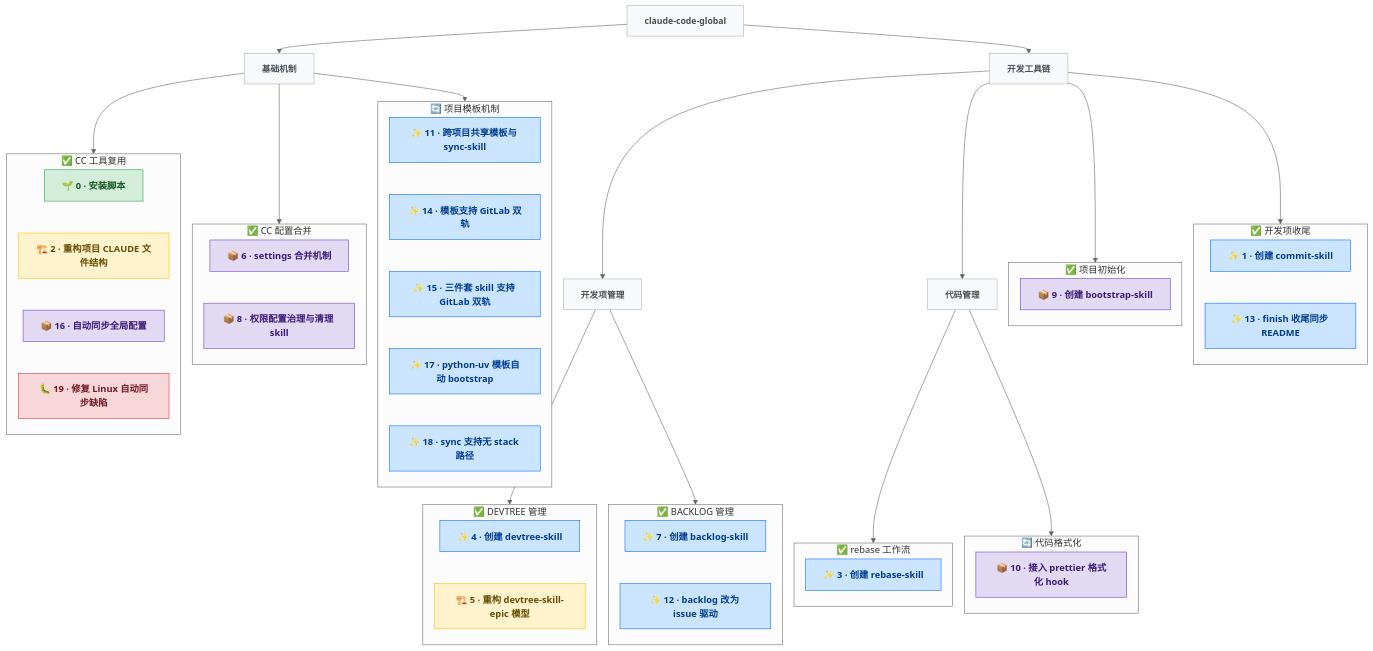
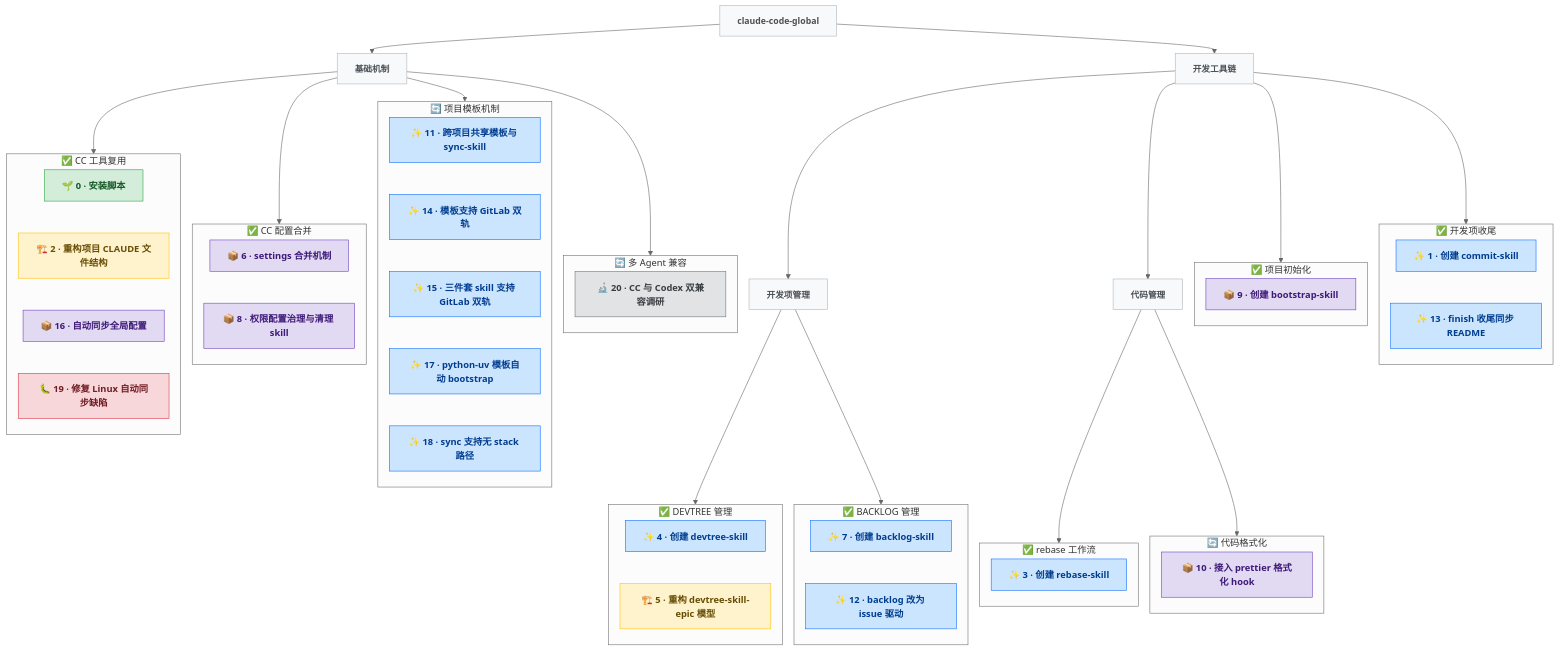
Before and after one commit to pkulijing/claude-code-global: the diagram in docs/DEVTREE.md, drawn with Mermaid (neutral theme). The commit also changed other lines of this file and 3 other files, not shown here.

```diff
--- a/docs/DEVTREE.md
+++ b/docs/DEVTREE.md
@@ -32,6 +32,7 @@
   base --> e_cc_reuse
   base --> e_cc_merge
   base --> e_template
+  base --> e_multi_agent
   toolchain --> e_bootstrap
   toolchain --> e_finish
   toolchain --> devmgmt["开发项管理"]:::epic
@@ -72,6 +73,11 @@
     N17 ~~~ N18
   end
 
+  subgraph e_multi_agent["🔄 多 Agent 兼容"]
+    direction TB
+    N20["🔬 20 · CC 与 Codex 双兼容调研"]:::research
+  end
+
   subgraph e_bootstrap["✅ 项目初始化"]
     direction TB
     N9["📦 9 · 创建 bootstrap-skill"]:::infra
```
